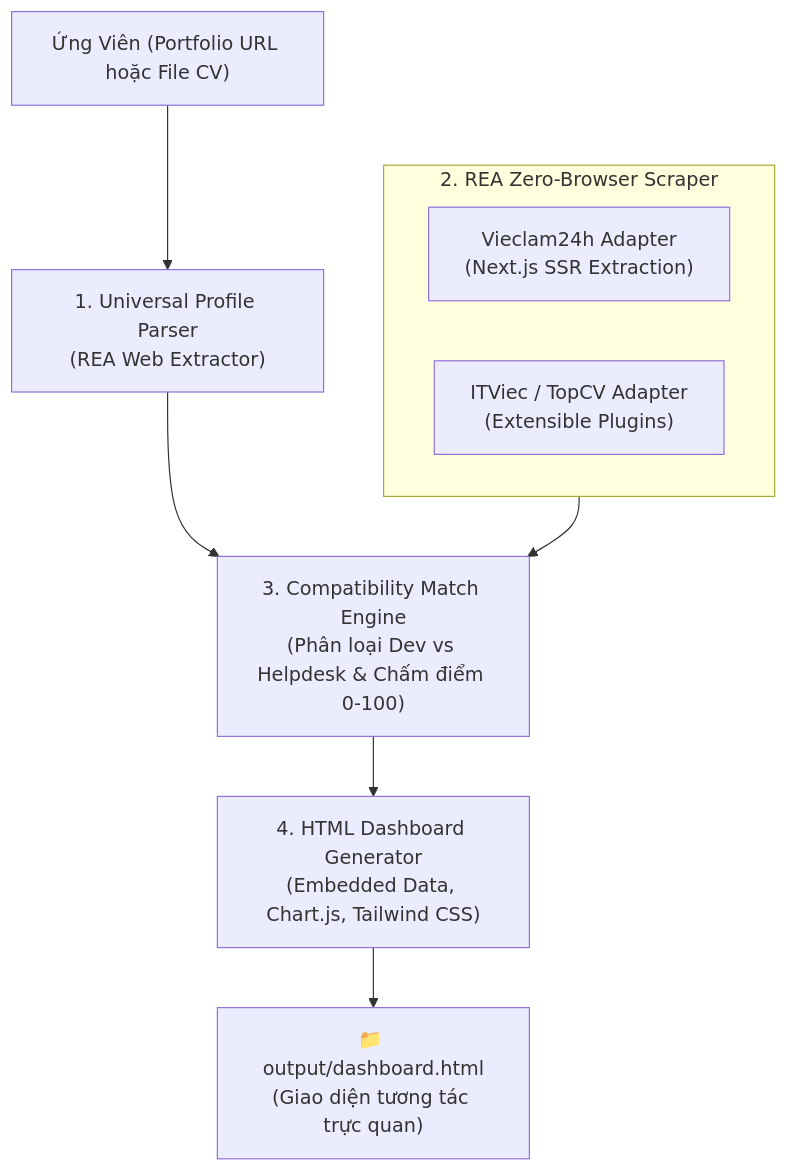
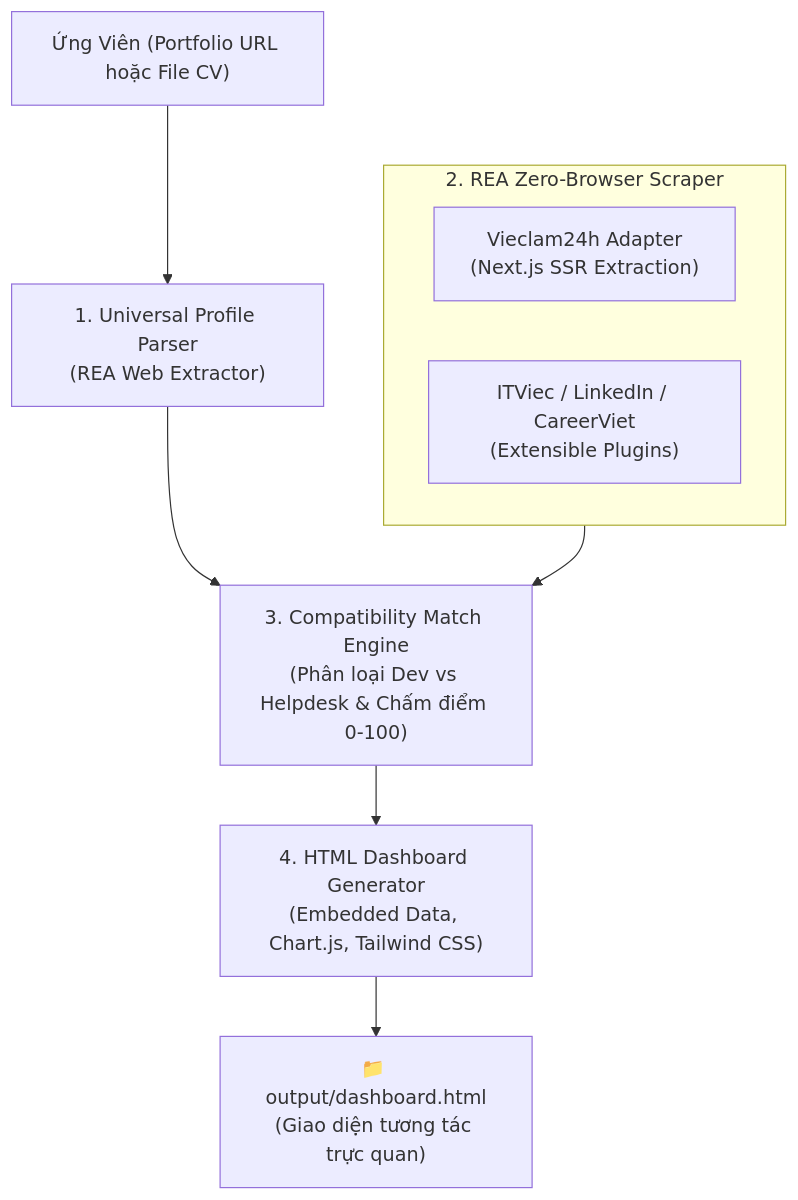
Before and after one commit to thieuhoang2002/job-scout-vn: the diagram in README.md, drawn with Mermaid. The commit also changed other lines of this file, not shown here.

Commit message:
docs: add beginner-friendly 3-step quickstart guide, FAQ and CareerViet platform info

````diff
--- a/README.md
+++ b/README.md
@@ -54,15 +55,15 @@
 ```mermaid
 flowchart TD
     Candidate["Ứng Viên (Portfolio URL hoặc File CV)"] --> Parser["1. Universal Profile Parser<br/>(REA Web Extractor)"]
     
     subgraph ScrapingLayer ["2. REA Zero-Browser Scraper"]
         S1["Vieclam24h Adapter<br/>(Next.js SSR Extraction)"]
-        S2["ITViec / TopCV Adapter<br/>(Extensible Plugins)"]
+        S2["ITViec / LinkedIn / CareerViet<br/>(Extensible Plugins)"]
     end
     
     Parser --> MatchEngine["3. Compatibility Match Engine<br/>(Phân loại Dev vs Helpdesk & Chấm điểm 0-100)"]
     ScrapingLayer --> MatchEngine
     
     MatchEngine --> Generator["4. HTML Dashboard Generator<br/>(Embedded Data, Chart.js, Tailwind CSS)"]
     Generator --> HTMLOut["📁 output/dashboard.html<br/>(Giao diện tương tác trực quan)"]
 ```
````
